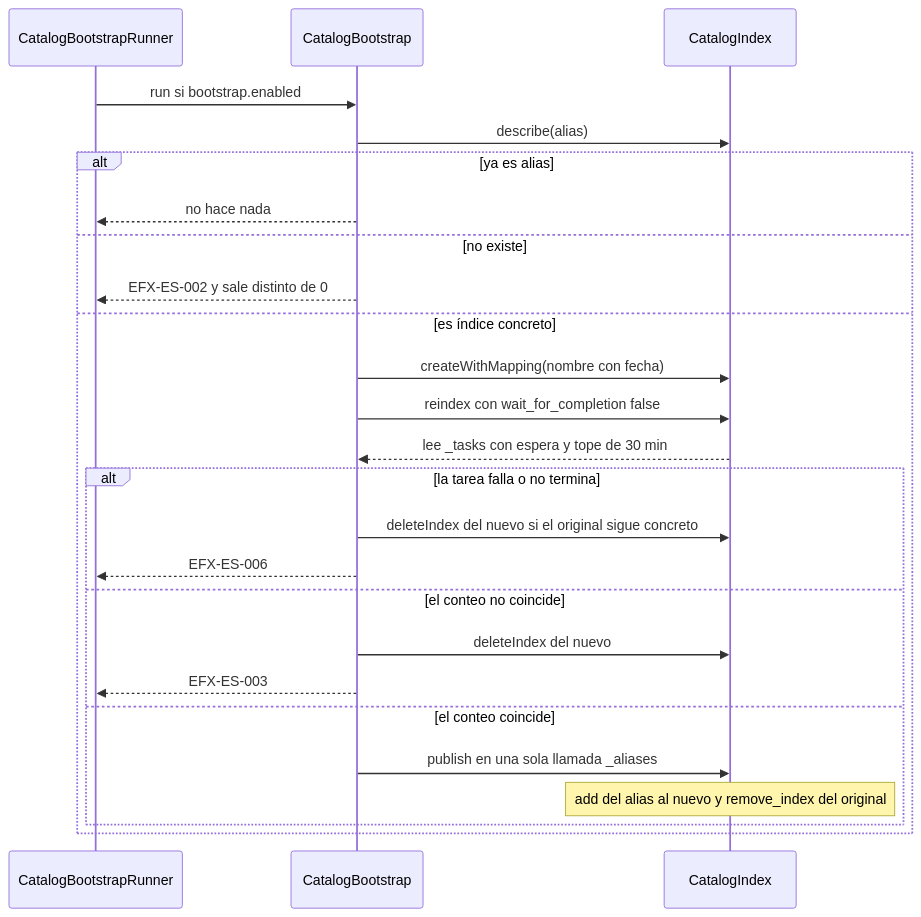
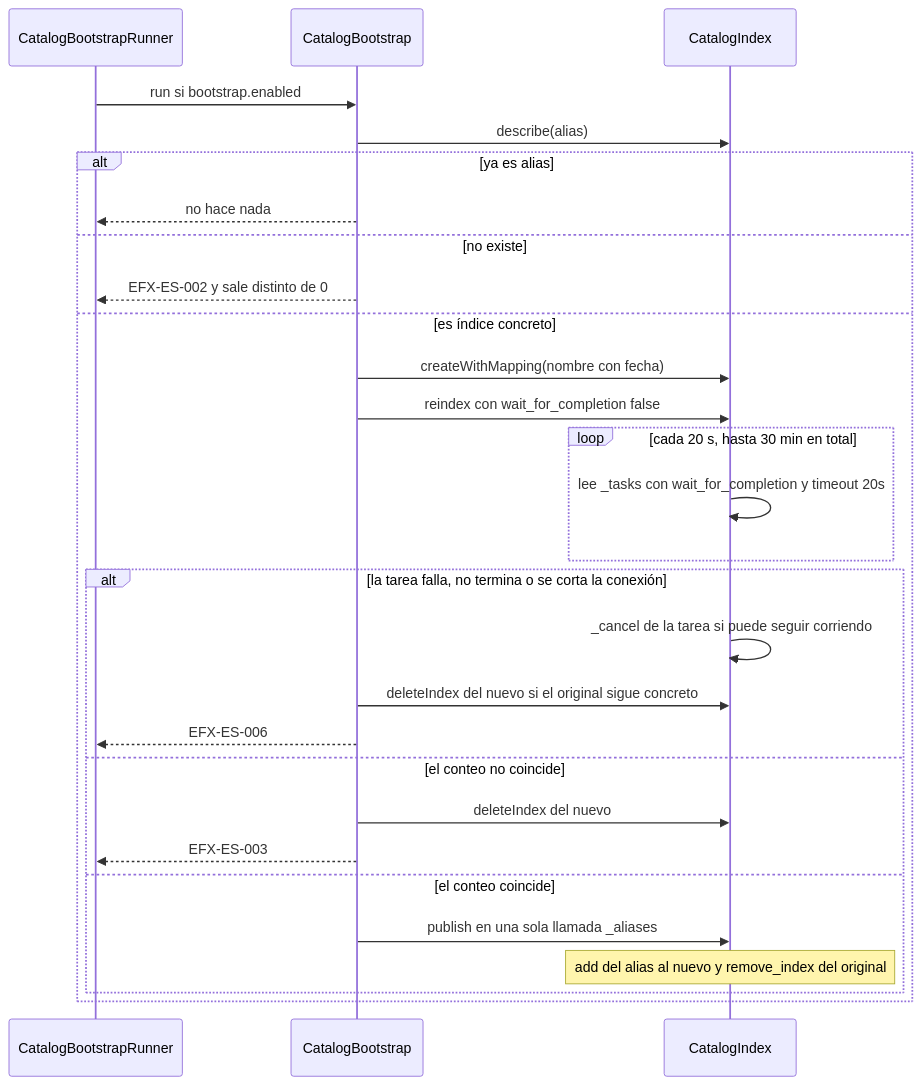
Before and after one commit to bigfito/elastiflix-reloaded: the third of 3 diagrams in docs/diseno/1.md, drawn with Mermaid. The commit also changed other lines of this file and 15 other files, not shown here.

First line of the commit message:
S-01: la copia espera en un bucle de _tasks y cancela antes de borrar

````diff
--- a/docs/diseno/1.md
+++ b/docs/diseno/1.md
@@ -129,28 +129,31 @@
 ```mermaid
 sequenceDiagram
   participant Run as CatalogBootstrapRunner
   participant Boot as CatalogBootstrap
   participant Cat as CatalogIndex
 
   Run->>Boot: run si bootstrap.enabled
   Boot->>Cat: describe(alias)
   alt ya es alias
     Boot-->>Run: no hace nada
   else no existe
     Boot-->>Run: EFX-ES-002 y sale distinto de 0
   else es índice concreto
     Boot->>Cat: createWithMapping(nombre con fecha)
     Boot->>Cat: reindex con wait_for_completion false
-    Cat-->>Boot: lee _tasks con espera y tope de 30 min
-    alt la tarea falla o no termina
+    loop cada 20 s, hasta 30 min en total
+      Cat->>Cat: lee _tasks con wait_for_completion y timeout 20s
+    end
+    alt la tarea falla, no termina o se corta la conexión
+      Cat->>Cat: _cancel de la tarea si puede seguir corriendo
       Boot->>Cat: deleteIndex del nuevo si el original sigue concreto
       Boot-->>Run: EFX-ES-006
     else el conteo no coincide
       Boot->>Cat: deleteIndex del nuevo
       Boot-->>Run: EFX-ES-003
     else el conteo coincide
       Boot->>Cat: publish en una sola llamada _aliases
       Note over Cat: add del alias al nuevo y remove_index del original
     end
   end
 ```
````
